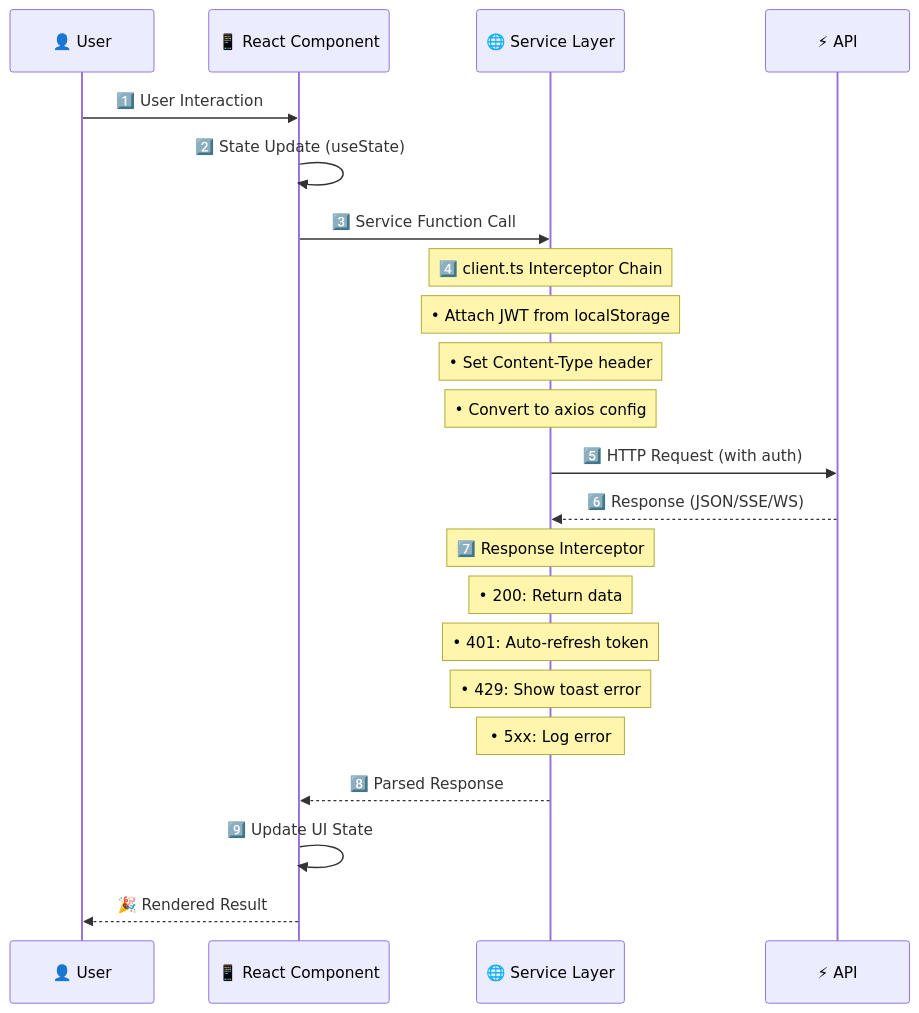
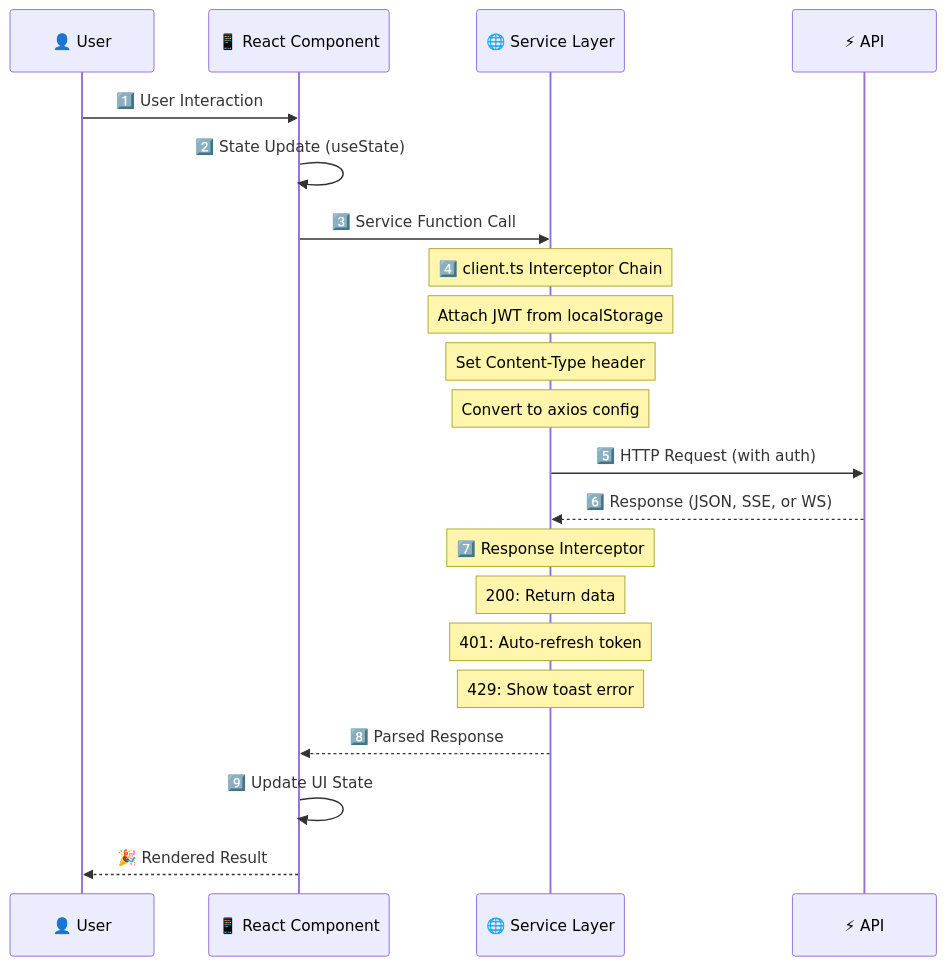
Before and after one commit to Anil-Pradhan-web/ai-career-mentor: diagram 19 of 35 in ARCHITECTURE.md, drawn with Mermaid. The commit also changed other lines of this file, not shown here.

Commit message:
fix: remove all JSON curly braces from Mermaid sequence diagrams, simplify state diagrams, replace classDef with inline styles for GitHub compatibility

````diff
--- a/ARCHITECTURE.md
+++ b/ARCHITECTURE.md
@@ -1075,30 +1034,29 @@
 ```mermaid
 sequenceDiagram
     participant U as 👤 User
     participant C as 📱 React Component
     participant S as 🌐 Service Layer
     participant A as ⚡ API
 
     U->>C: 1️⃣ User Interaction
     C->>C: 2️⃣ State Update (useState)
     C->>S: 3️⃣ Service Function Call
     
     Note over S: 4️⃣ client.ts Interceptor Chain
-    Note over S:    • Attach JWT from localStorage
-    Note over S:    • Set Content-Type header
-    Note over S:    • Convert to axios config
+    Note over S: Attach JWT from localStorage
+    Note over S: Set Content-Type header
+    Note over S: Convert to axios config
     
     S->>A: 5️⃣ HTTP Request (with auth)
     
-    A-->>S: 6️⃣ Response (JSON/SSE/WS)
+    A-->>S: 6️⃣ Response (JSON, SSE, or WS)
     
     Note over S: 7️⃣ Response Interceptor
-    Note over S:    • 200: Return data
-    Note over S:    • 401: Auto-refresh token
-    Note over S:    • 429: Show toast error
-    Note over S:    • 5xx: Log error
+    Note over S: 200: Return data
+    Note over S: 401: Auto-refresh token
+    Note over S: 429: Show toast error
     
     S-->>C: 8️⃣ Parsed Response
     C->>C: 9️⃣ Update UI State
     C-->>U: 🎉 Rendered Result
 ```
````
